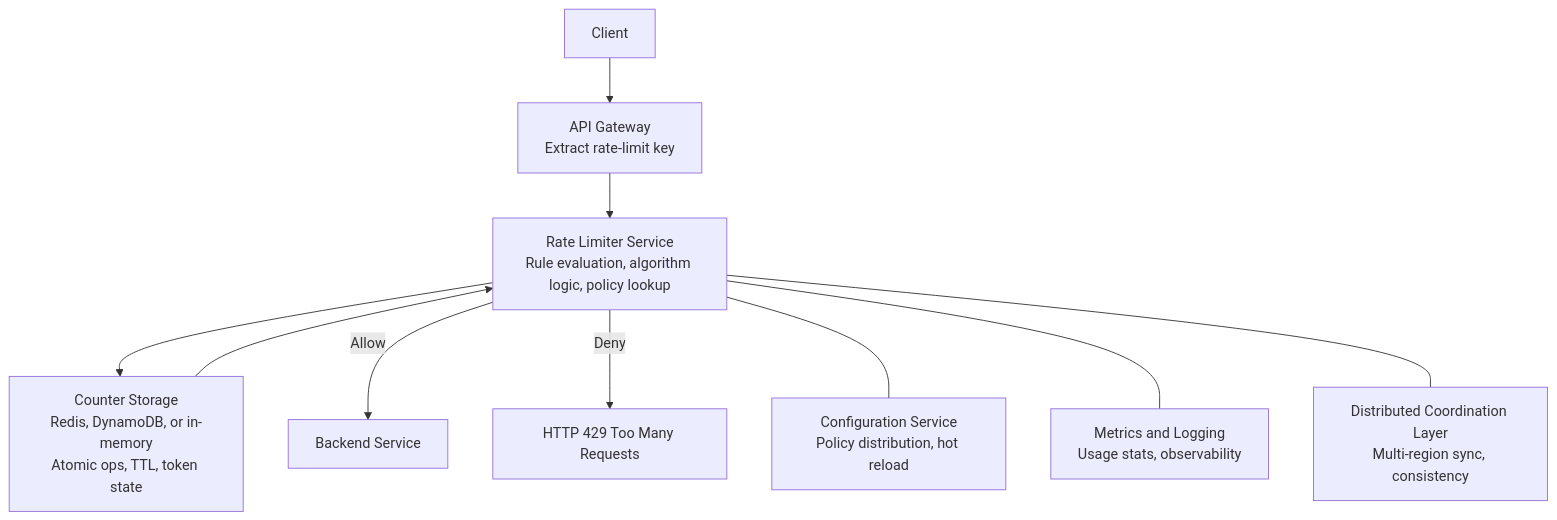
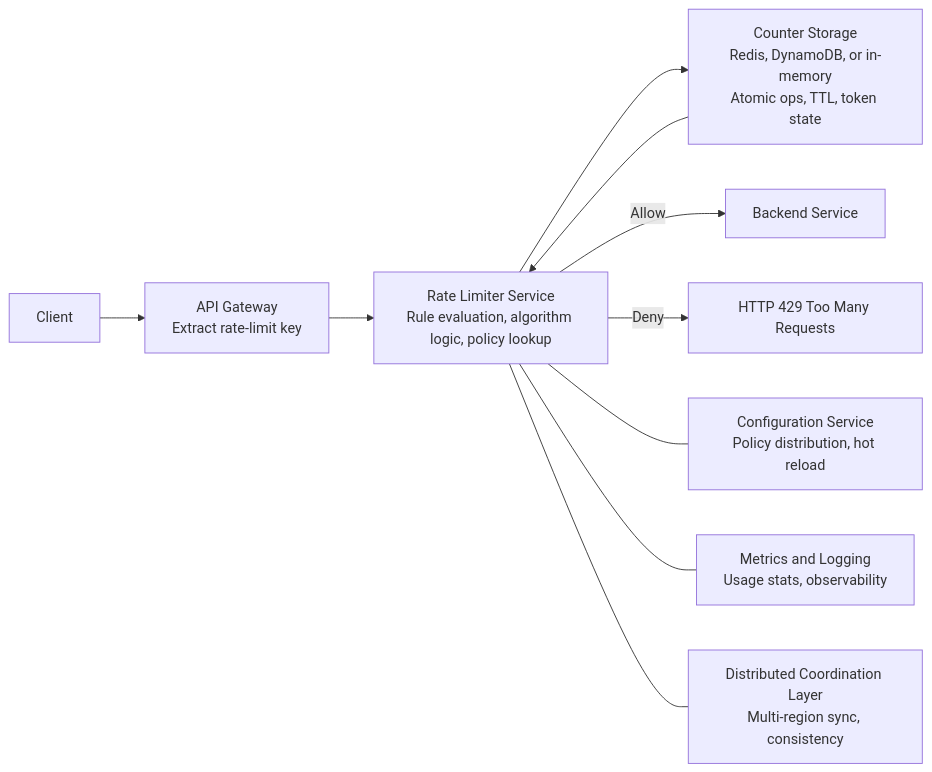
Before and after one commit to romanstetsenko/SystemDesign: the first of 3 diagrams in Rate Limiter.md, drawn with Mermaid.

Commit message:
Rotate Mermaid flowchart from TD to LR for left-to-right layout

````diff
--- a/Rate Limiter.md
+++ b/Rate Limiter.md
@@ -40,16 +40,16 @@
 ```mermaid 
-flowchart TD
+flowchart LR
 
     A[Client] --> B[API Gateway<br/>Extract rate-limit key]
     B --> C[Rate Limiter Service<br/>Rule evaluation, algorithm logic, policy lookup]
     C --> D[Counter Storage<br/>Redis, DynamoDB, or in-memory<br/>Atomic ops, TTL, token state]
     D --> C
 
     C -->|Allow| E[Backend Service]
     C -->|Deny| F[HTTP 429 Too Many Requests]
 
     C --- G[Configuration Service<br/>Policy distribution, hot reload]
     C --- H[Metrics and Logging<br/>Usage stats, observability]
     C --- I[Distributed Coordination Layer<br/>Multi-region sync, consistency]
 
 ```
````
